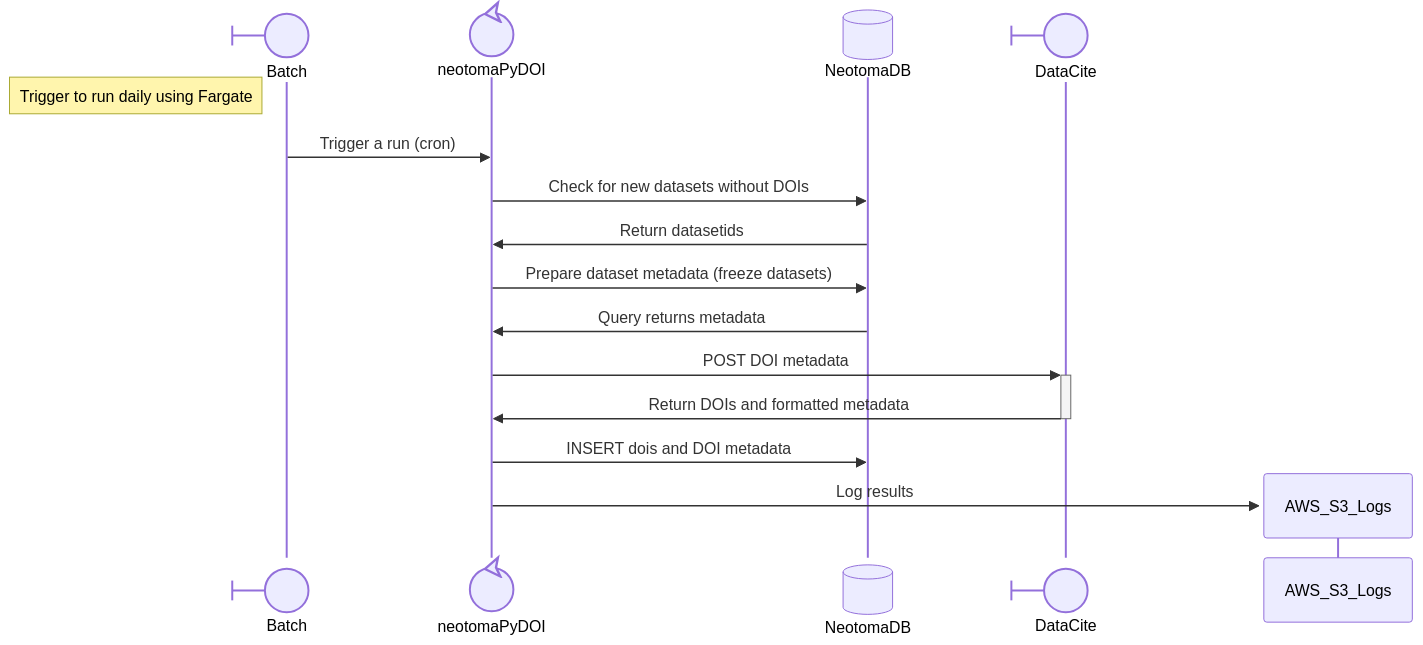
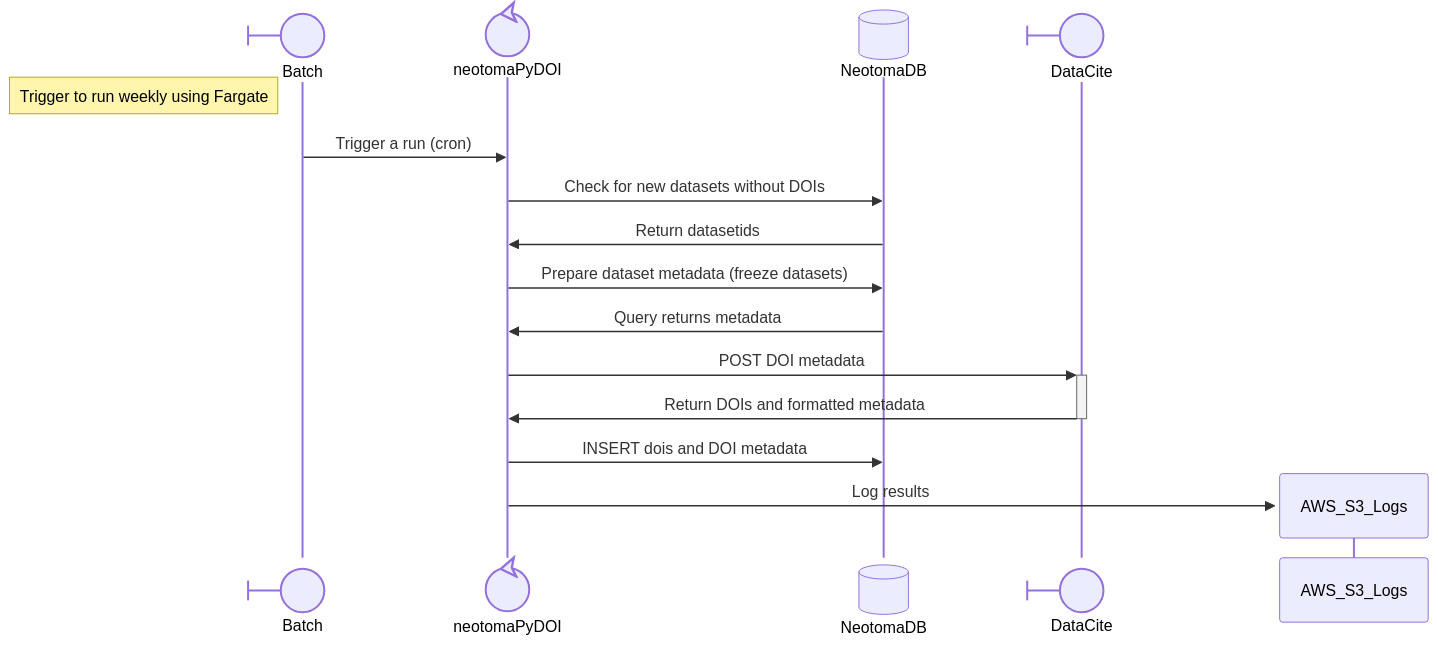
The diagram in README.md (NeotomaDB/neotomapydoi), drawn with Mermaid before and after one commit. The commit also changed other lines of this file and 11 other files, not shown here.

````diff
--- a/README.md
+++ b/README.md
@@ -19,19 +19,19 @@
 ```mermaid
 sequenceDiagram
     participant Batch@{ "type":"boundary" }
     participant neotomaPyDOI@{"type":"control"}
     participant NeotomaDB@{ "type" : "database" }
     participant DataCite@{"type":"boundary"}
 
-    Note left of Batch: Trigger to run daily using Fargate
+    Note left of Batch: Trigger to run weekly using Fargate
     Batch->>neotomaPyDOI: Trigger a run (cron)
     neotomaPyDOI->>NeotomaDB: Check for new datasets without DOIs
     NeotomaDB->>neotomaPyDOI: Return datasetids
     neotomaPyDOI->>NeotomaDB: Prepare dataset metadata (freeze datasets)
     NeotomaDB->>neotomaPyDOI: Query returns metadata
     neotomaPyDOI->>+DataCite: POST DOI metadata
     DataCite->>-neotomaPyDOI: Return DOIs and formatted metadata
     neotomaPyDOI->>NeotomaDB: INSERT dois and DOI metadata
     create participant AWS_S3_Logs
     neotomaPyDOI->>AWS_S3_Logs: Log results
 ```
````
